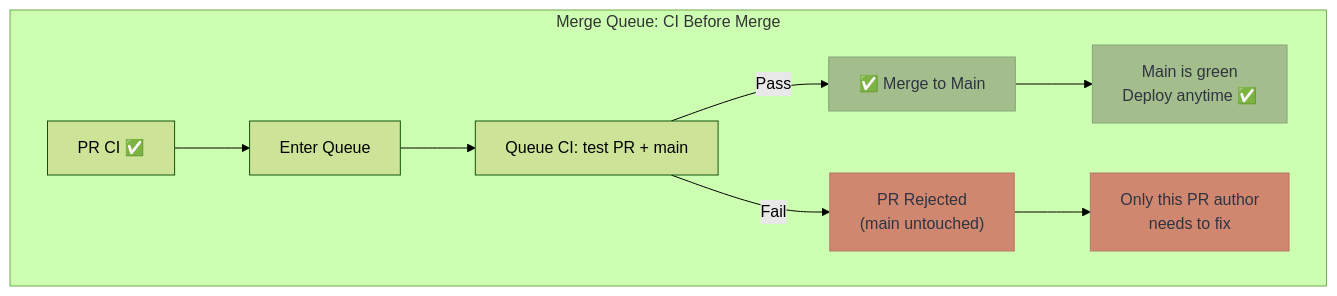
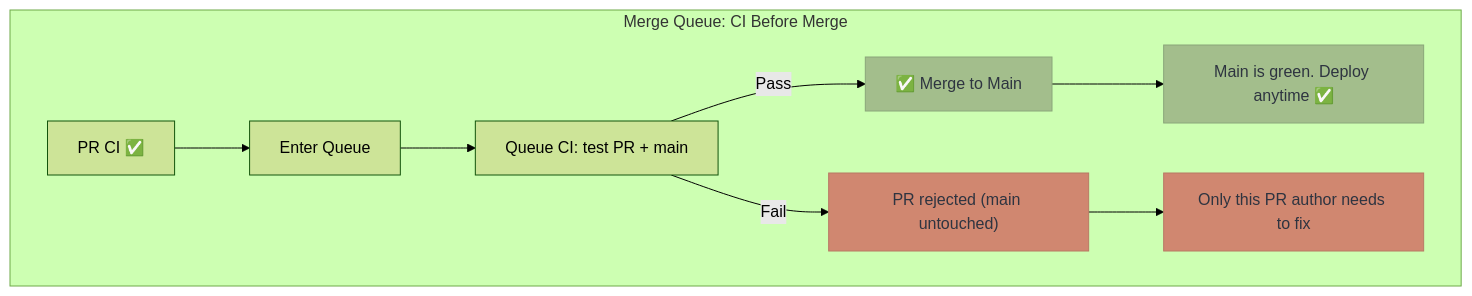
The fourth of 4 diagrams in src/content/docs/introduction/what-is-a-merge-queue.md (Mergifyio/merge-queue-academy), drawn with Mermaid (forest theme) before and after one commit. The commit also changed other lines of this file and 4 other files, not shown here.

````diff
--- a/src/content/docs/introduction/what-is-a-merge-queue.md
+++ b/src/content/docs/introduction/what-is-a-merge-queue.md
@@ -100,16 +168,16 @@
 ```mermaid
 flowchart TD
     subgraph "Merge Queue: CI Before Merge"
         A[PR CI ✅] --> B[Enter Queue]
         B --> C["Queue CI: test PR + main"]
         C -->|Pass| D["✅ Merge to Main"]
-        C -->|Fail| F["PR Rejected\n(main untouched)"]
-        D --> E["Main is green\nDeploy anytime ✅"]
-        F --> G["Only this PR author\nneeds to fix"]
+        C -->|Fail| F["PR rejected (main untouched)"]
+        D --> E["Main is green. Deploy anytime ✅"]
+        F --> G["Only this PR author needs to fix"]
     end
 
     style D fill:#A3BE8C,stroke:#8aa67a,color:#2E3440
     style E fill:#A3BE8C,stroke:#8aa67a,color:#2E3440
     style F fill:#D08770,stroke:#b87a65,color:#2E3440
     style G fill:#D08770,stroke:#b87a65,color:#2E3440
 ```
````
